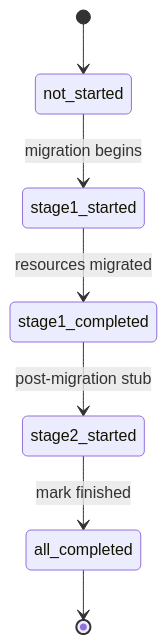
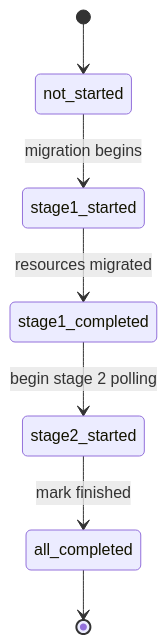
Before and after one commit to deckhouse/sds-replicated-volume: the first of 2 diagrams in images/linstor-migrator/README.md, drawn with Mermaid. The commit also changed other lines of this file and 7 other files, not shown here.

First line of the commit message:
[linstor-migrator] Implement real stage 2: adopt exit-maintenance polling

````diff
--- a/images/linstor-migrator/README.md
+++ b/images/linstor-migrator/README.md
@@ -28,9 +28,9 @@
 ```mermaid
 stateDiagram-v2
     [*] --> not_started
     not_started --> stage1_started : migration begins
     stage1_started --> stage1_completed : resources migrated
-    stage1_completed --> stage2_started : post-migration stub
+    stage1_completed --> stage2_started : begin stage 2 polling
     stage2_started --> all_completed : mark finished
     all_completed --> [*]
 ```
````
